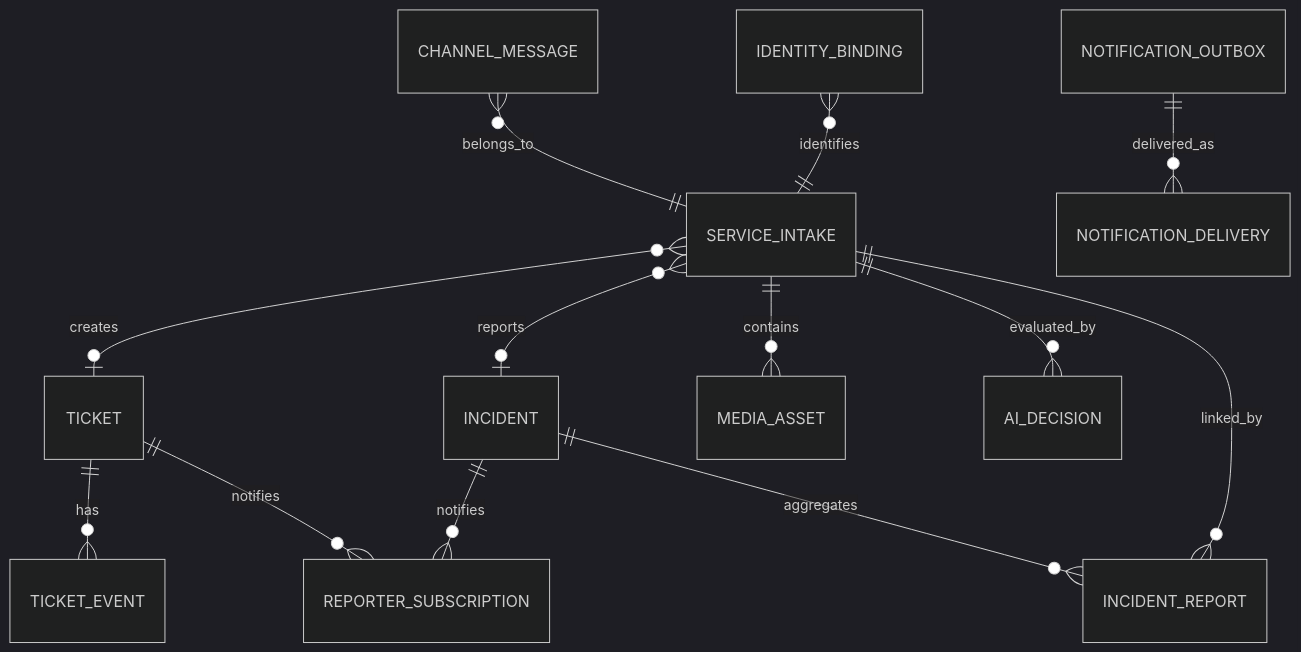
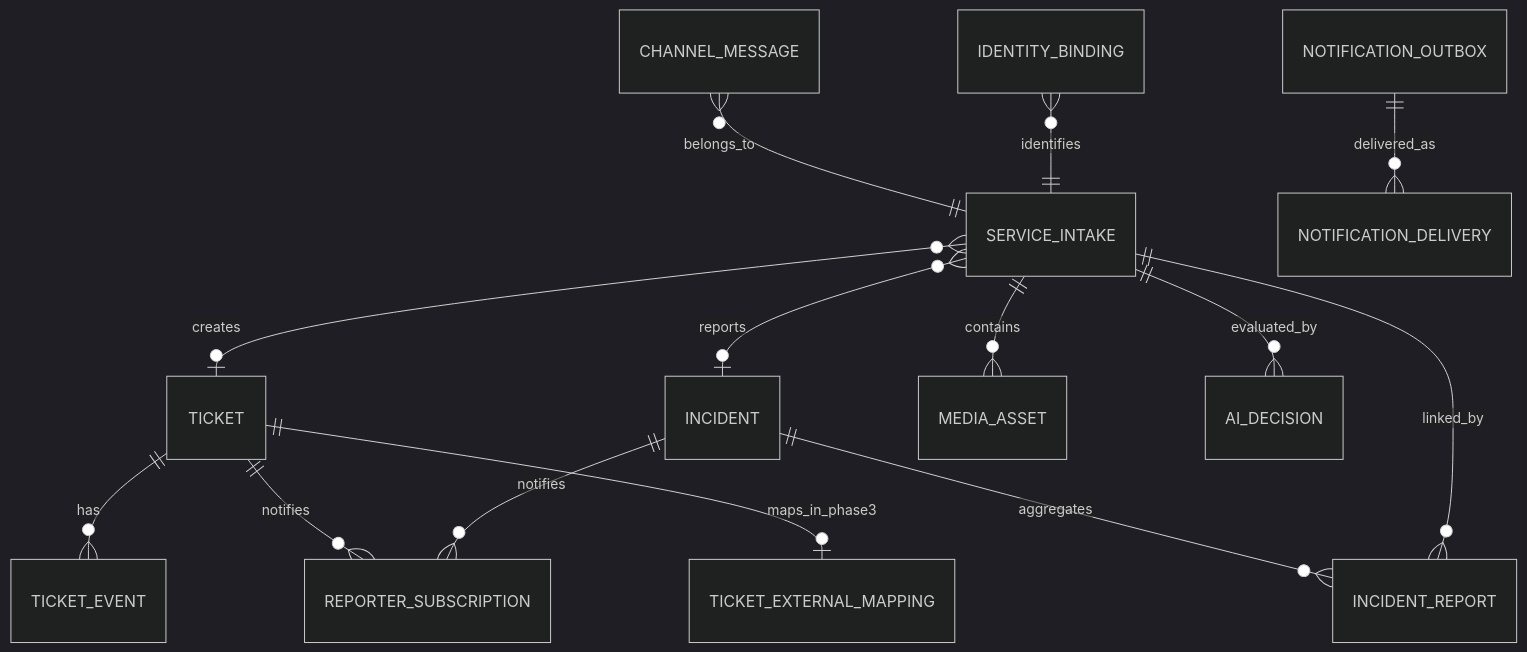
The diagram in docs/04_domain_model.md (peterkis/Fault-Reporting-WeCom-Assistant), drawn with Mermaid (dark theme) before and after one commit. The commit also changed other lines of this file and 76 other files, not shown here.

Commit message:
Architecture Baseline refactor

````diff
--- a/docs/04_domain_model.md
+++ b/docs/04_domain_model.md
@@ -177,15 +198,16 @@
 ```mermaid
 erDiagram
     CHANNEL_MESSAGE }o--|| SERVICE_INTAKE : belongs_to
     SERVICE_INTAKE }o--o| TICKET : creates
     SERVICE_INTAKE }o--o| INCIDENT : reports
     SERVICE_INTAKE ||--o{ MEDIA_ASSET : contains
     SERVICE_INTAKE ||--o{ AI_DECISION : evaluated_by
     TICKET ||--o{ TICKET_EVENT : has
     INCIDENT ||--o{ INCIDENT_REPORT : aggregates
     SERVICE_INTAKE ||--o{ INCIDENT_REPORT : linked_by
     TICKET ||--o{ REPORTER_SUBSCRIPTION : notifies
     INCIDENT ||--o{ REPORTER_SUBSCRIPTION : notifies
     NOTIFICATION_OUTBOX ||--o{ NOTIFICATION_DELIVERY : delivered_as
     IDENTITY_BINDING }o--|| SERVICE_INTAKE : identifies
+    TICKET ||--o| TICKET_EXTERNAL_MAPPING : maps_in_phase3
 ```
````
